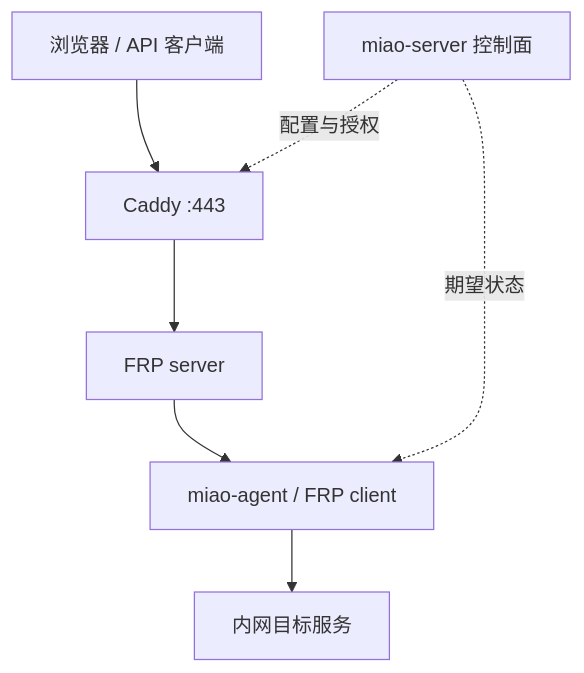
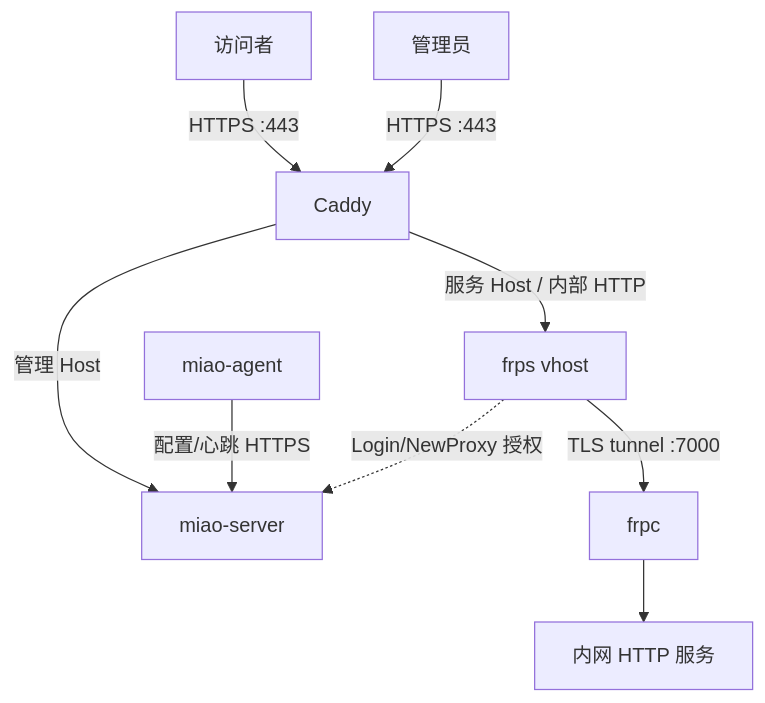
Before and after one commit to bocmiao/MiaoTunnel: the diagram in docs/ARCHITECTURE.md, drawn with Mermaid. The commit also changed other lines of this file and 8 other files, not shown here.

````diff
--- a/docs/ARCHITECTURE.md
+++ b/docs/ARCHITECTURE.md
@@ -30,9 +25,11 @@
 ```mermaid
 flowchart TD
-    B["浏览器 / API 客户端"] --> C["Caddy :443"]
-    C --> F["FRP server"]
-    F --> A["miao-agent / FRP client"]
-    A --> L["内网目标服务"]
-    M["miao-server 控制面"] -. 配置与授权 .-> C
-    M -. 期望状态 .-> A
+    Visitor["访问者"] -->|HTTPS :443| Caddy
+    Admin["管理员"] -->|HTTPS :443| Caddy
+    Caddy -->|管理 Host| Server["miao-server"]
+    Caddy -->|服务 Host / 内部 HTTP| FRPS["frps vhost"]
+    FRPS -->|TLS tunnel :7000| FRPC["frpc"]
+    FRPC --> Target["内网 HTTP 服务"]
+    Agent["miao-agent"] -->|配置/心跳 HTTPS| Server
+    FRPS -. "Login/NewProxy 授权" .-> Server
 ```
````
